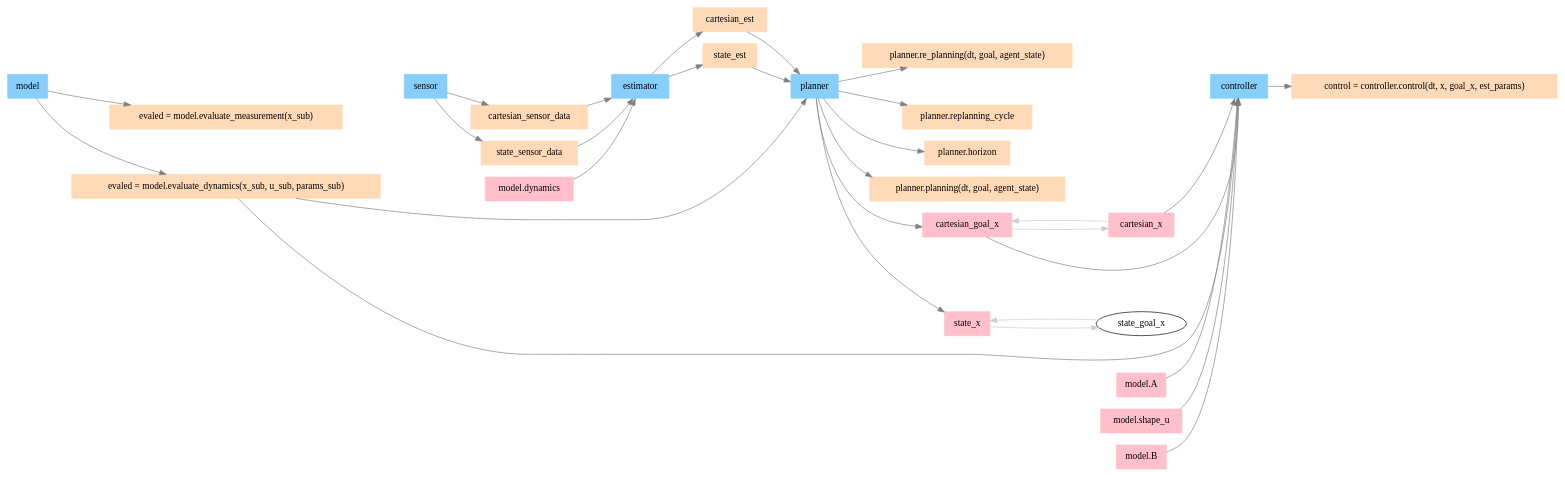
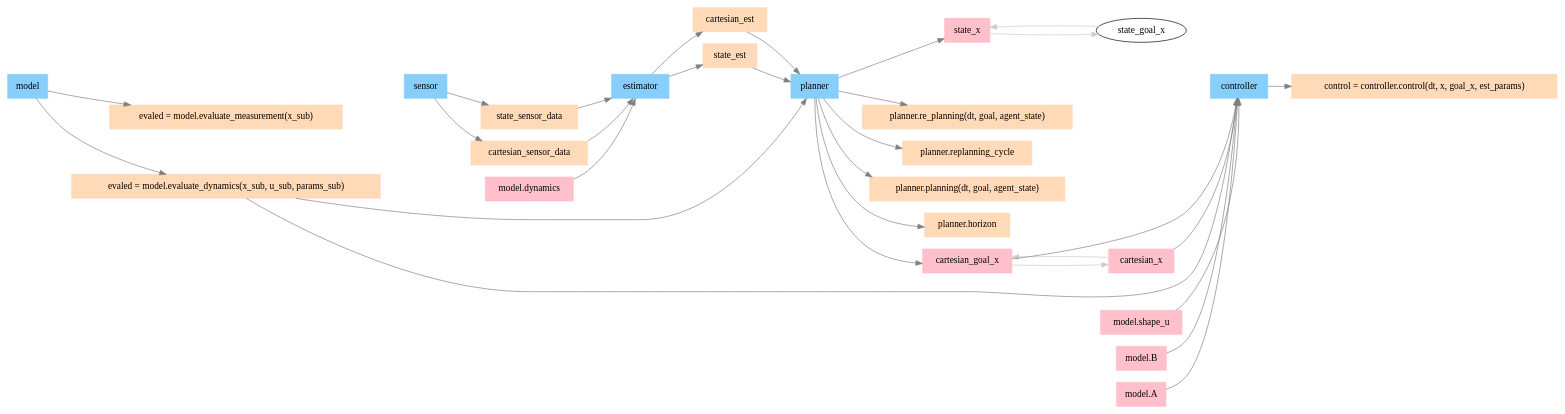
Before and after one commit to intelligent-control-lab/Composable_Agent_Toolbox: the diagram in img/deps.gv, drawn with Graphviz. The commit also changed other lines of this file and 3 other files, not shown here.

```diff
--- a/img/deps.gv
+++ b/img/deps.gv
@@ -1,106 +1,106 @@
 digraph G {
 	compound=true rankdir=LR
-	model [color=lightskyblue fillcolor=lightskyblue shape=box style=filled]
 	controller [color=lightskyblue fillcolor=lightskyblue shape=box style=filled]
+	estimator [color=lightskyblue fillcolor=lightskyblue shape=box style=filled]
 	planner [color=lightskyblue fillcolor=lightskyblue shape=box style=filled]
 	sensor [color=lightskyblue fillcolor=lightskyblue shape=box style=filled]
-	estimator [color=lightskyblue fillcolor=lightskyblue shape=box style=filled]
+	model [color=lightskyblue fillcolor=lightskyblue shape=box style=filled]
+	cartesian_est [color=peachpuff fillcolor=peachpuff shape=box style=filled]
+	"planner.re_planning(dt, goal, agent_state)" [color=peachpuff fillcolor=peachpuff shape=box style=filled]
+	"evaled = model.evaluate_dynamics(x_sub, u_sub, params_sub)" [color=peachpuff fillcolor=peachpuff shape=box style=filled]
+	"planner.replanning_cycle" [color=peachpuff fillcolor=peachpuff shape=box style=filled]
+	state_sensor_data [color=peachpuff fillcolor=peachpuff shape=box style=filled]
+	"model.shape_u" [color=peachpuff fillcolor=peachpuff shape=box style=filled]
+	"model.dynamics" [color=peachpuff fillcolor=peachpuff shape=box style=filled]
 	cartesian_sensor_data [color=peachpuff fillcolor=peachpuff shape=box style=filled]
 	"control = controller.control(dt, x, goal_x, est_params)" [color=peachpuff fillcolor=peachpuff shape=box style=filled]
-	"planner.replanning_cycle" [color=peachpuff fillcolor=peachpuff shape=box style=filled]
+	"planner.planning(dt, goal, agent_state)" [color=peachpuff fillcolor=peachpuff shape=box style=filled]
+	state_est [color=peachpuff fillcolor=peachpuff shape=box style=filled]
 	cartesian_x [color=peachpuff fillcolor=peachpuff shape=box style=filled]
-	cartesian_est [color=peachpuff fillcolor=peachpuff shape=box style=filled]
-	state_est [color=peachpuff fillcolor=peachpuff shape=box style=filled]
 	"planner.horizon" [color=peachpuff fillcolor=peachpuff shape=box style=filled]
-	"planner.planning(dt, goal, agent_state)" [color=peachpuff fillcolor=peachpuff shape=box style=filled]
+	"model.B" [color=peachpuff fillcolor=peachpuff shape=box style=filled]
+	"model.A" [color=peachpuff fillcolor=peachpuff shape=box style=filled]
 	cartesian_goal_x [color=peachpuff fillcolor=peachpuff shape=box style=filled]
-	"evaled = model.evaluate_dynamics(x_sub, u_sub, params_sub)" [color=peachpuff fillcolor=peachpuff shape=box style=filled]
-	"model.A" [color=peachpuff fillcolor=peachpuff shape=box style=filled]
-	"model.shape_u" [color=peachpuff fillcolor=peachpuff shape=box style=filled]
-	"model.dynamics" [color=peachpuff fillcolor=peachpuff shape=box style=filled]
-	"model.B" [color=peachpuff fillcolor=peachpuff shape=box style=filled]
 	state_x [color=peachpuff fillcolor=peachpuff shape=box style=filled]
-	"planner.re_planning(dt, goal, agent_state)" [color=peachpuff fillcolor=peachpuff shape=box style=filled]
-	state_sensor_data [color=peachpuff fillcolor=peachpuff shape=box style=filled]
 	"evaled = model.evaluate_measurement(x_sub)" [color=peachpuff fillcolor=peachpuff shape=box style=filled]
-	cartesian_x [color=pink fillcolor=pink shape=box style=filled]
-	"model.A" [color=pink fillcolor=pink shape=box style=filled]
 	"model.shape_u" [color=pink fillcolor=pink shape=box style=filled]
 	"model.dynamics" [color=pink fillcolor=pink shape=box style=filled]
+	cartesian_x [color=pink fillcolor=pink shape=box style=filled]
 	"model.B" [color=pink fillcolor=pink shape=box style=filled]
+	"model.A" [color=pink fillcolor=pink shape=box style=filled]
 	cartesian_goal_x [color=pink fillcolor=pink shape=box style=filled]
 	state_x [color=pink fillcolor=pink shape=box style=filled]
 	cartesian_x -> controller [color=gray50]
 	cartesian_goal_x -> controller [color=gray50]
 	"model.shape_u" -> controller [color=gray50]
 	"model.A" -> controller [color=gray50]
 	"model.B" -> controller [color=gray50]
 	"evaled = model.evaluate_dynamics(x_sub, u_sub, params_sub)" -> controller [color=gray50]
 	"evaled = model.evaluate_dynamics(x_sub, u_sub, params_sub)" -> planner [color=gray50]
 	controller -> "control = controller.control(dt, x, goal_x, est_params)" [color=gray50]
 	model -> "evaled = model.evaluate_dynamics(x_sub, u_sub, params_sub)" [color=gray50]
 	model -> "evaled = model.evaluate_measurement(x_sub)" [color=gray50]
 	state_sensor_data -> estimator [color=gray50]
 	cartesian_sensor_data -> estimator [color=gray50]
 	"model.dynamics" -> estimator [color=gray50]
 	estimator -> cartesian_est [color=gray50]
 	estimator -> state_est [color=gray50]
 	sensor -> state_sensor_data [color=gray50]
 	sensor -> cartesian_sensor_data [color=gray50]
 	cartesian_est -> planner [color=gray50]
 	state_est -> planner [color=gray50]
 	planner -> state_x [color=gray50]
 	planner -> cartesian_goal_x [color=gray50]
 	planner -> "planner.horizon" [color=gray50]
 	planner -> "planner.replanning_cycle" [color=gray50]
 	planner -> "planner.planning(dt, goal, agent_state)" [color=gray50]
 	planner -> "planner.re_planning(dt, goal, agent_state)" [color=gray50]
 	cartesian_x -> cartesian_goal_x [color=gray80 weight=100]
 	cartesian_goal_x -> cartesian_x [color=gray80 weight=100]
 	state_x -> state_goal_x [color=gray80 weight=100]
 	state_goal_x -> state_x [color=gray80 weight=100]
 	model -> sensor [style=invis weight=1000]
 	sensor -> estimator [style=invis weight=1000]
 	estimator -> planner [style=invis weight=1000]
 	planner -> controller [style=invis weight=1000]
 	"evaled = model.evaluate_dynamics(x_sub, u_sub, params_sub)" -> sensor [style=invis]
 	"evaled = model.evaluate_measurement(x_sub)" -> sensor [style=invis]
 	state_sensor_data -> estimator [style=invis]
 	cartesian_sensor_data -> estimator [style=invis]
 	cartesian_est -> planner [style=invis]
 	state_est -> planner [style=invis]
 	state_x -> controller [style=invis]
 	cartesian_goal_x -> controller [style=invis]
 	"planner.horizon" -> controller [style=invis]
 	"planner.replanning_cycle" -> controller [style=invis]
 	"planner.planning(dt, goal, agent_state)" -> controller [style=invis]
 	"planner.re_planning(dt, goal, agent_state)" -> controller [style=invis]
 	{
 		rank=same
 		"evaled = model.evaluate_dynamics(x_sub, u_sub, params_sub)"
 		"evaled = model.evaluate_measurement(x_sub)"
 	}
 	{
 		rank=same
 		state_sensor_data
 		cartesian_sensor_data
 	}
 	{
 		rank=same
 		cartesian_est
 		state_est
 	}
 	{
 		rank=same
 		state_x
 		cartesian_goal_x
 		"planner.horizon"
 		"planner.replanning_cycle"
 		"planner.planning(dt, goal, agent_state)"
 		"planner.re_planning(dt, goal, agent_state)"
 	}
 	{
 		rank=same
 		"control = controller.control(dt, x, goal_x, est_params)"
 	}
 }
```
